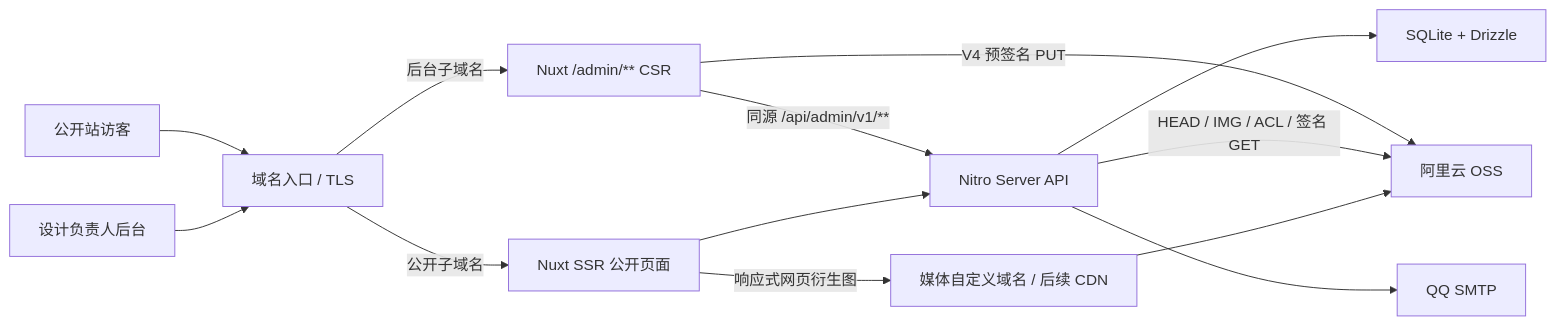
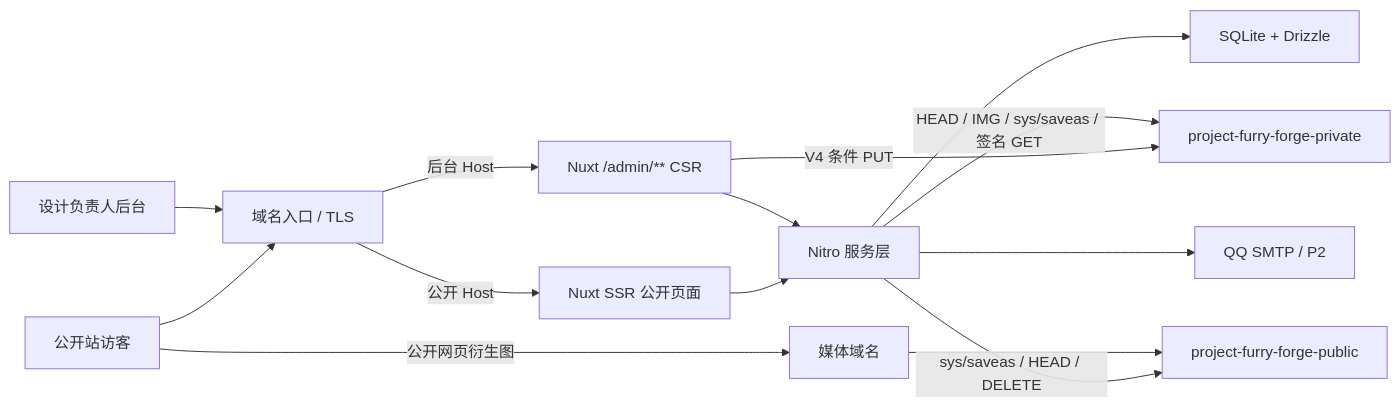
Before and after one commit to WangMinan/project-fur-forge: the diagram in agent_docs/需求1-兽装工作室主页/planning/PLAN.md, drawn with Mermaid. The commit also changed other lines of this file, not shown here.

````diff
--- a/agent_docs/需求1-兽装工作室主页/planning/PLAN.md
+++ b/agent_docs/需求1-兽装工作室主页/planning/PLAN.md
@@ -45,15 +49,16 @@
 ```mermaid
 flowchart LR
-    visitor["公开站访客"] --> proxy["域名入口 / TLS"]
-    admin["设计负责人后台"] --> proxy
-    proxy -->|"公开子域名"| public["Nuxt SSR 公开页面"]
-    proxy -->|"后台子域名"| adminui["Nuxt /admin/** CSR"]
-    adminui -->|"同源 /api/admin/v1/**"| api["Nitro Server API"]
-    public --> api
-    api --> db["SQLite + Drizzle"]
-    adminui -->|"V4 预签名 PUT"| oss["阿里云 OSS"]
-    api -->|"HEAD / IMG / ACL / 签名 GET"| oss
-    public -->|"响应式网页衍生图"| media["媒体自定义域名 / 后续 CDN"]
-    media --> oss
-    api --> smtp["QQ SMTP"]
+    visitor[公开站访客] --> proxy[域名入口 / TLS]
+    admin[设计负责人后台] --> proxy
+    proxy -->|公开 Host| public[Nuxt SSR 公开页面]
+    proxy -->|后台 Host| adminui[Nuxt /admin/** CSR]
+    public --> api[Nitro 服务层]
+    adminui --> api
+    api --> db[SQLite + Drizzle]
+    adminui -->|V4 条件 PUT| private[project-furry-forge-private]
+    api -->|HEAD / IMG / sys/saveas / 签名 GET| private
+    api -->|sys/saveas / HEAD / DELETE| publicbucket[project-furry-forge-public]
+    visitor -->|公开网页衍生图| media[媒体域名]
+    media --> publicbucket
+    api --> smtp[QQ SMTP / P2]
 ```
````
